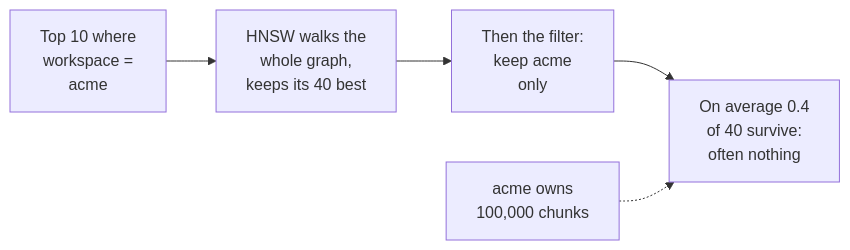
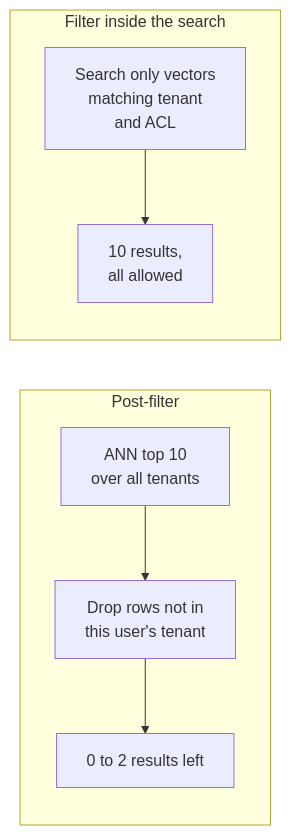
One commit to shubamchaudhary/CodeNITW changed the third of 7 diagrams in src/Data/aiStackDocs/CH-03.md. Above: the diagram before and after it, drawn with Mermaid. The commit also changed other lines of this file and 52 other files, not shown here.

````diff
--- a/src/Data/aiStackDocs/CH-03.md
+++ b/src/Data/aiStackDocs/CH-03.md
@@ -90,7 +88,10 @@
 ```mermaid
 flowchart LR
-    Q["Top 10 where<br/>workspace =<br/>acme"] --> H["HNSW walks the<br/>whole graph,<br/>keeps its 40 best"]
-    H --> F["Then the filter:<br/>keep acme<br/>only"]
-    F --> R["On average 0.4<br/>of 40 survive:<br/>often nothing"]
-    X["acme owns<br/>100,000 chunks"] -.-> R
+    subgraph POST["Post-filter"]
+        P1["ANN top 10<br/>over all tenants"] --> P2["Drop rows not in<br/>this user's tenant"]
+        P2 --> P3["0 to 2 results left"]
+    end
+    subgraph INS["Filter inside the search"]
+        I1["Search only vectors<br/>matching tenant<br/>and ACL"] --> I2["10 results,<br/>all allowed"]
+    end
 ```
````
